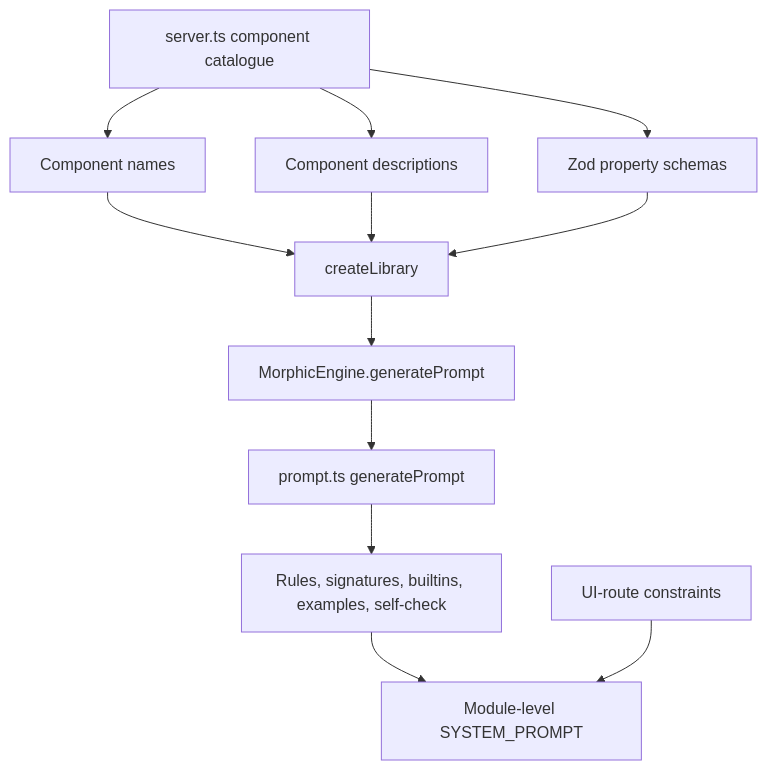
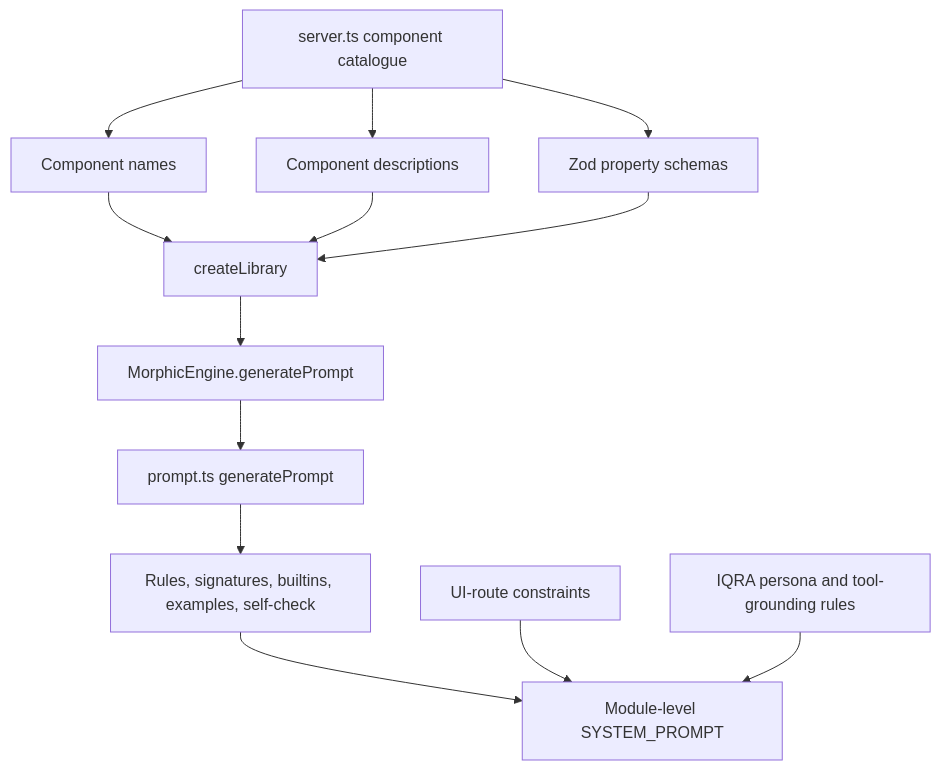
One commit to import-kunal/morphic_ui changed the second of 12 diagrams in docs/architecture-lifecycle.md. Above: the diagram before and after it, drawn with Mermaid. The commit also changed other lines of this file and 7 other files, not shown here.

First line of the commit message:
docs: update architecture and add setup and data source guides

````diff
--- a/docs/architecture-lifecycle.md
+++ b/docs/architecture-lifecycle.md
@@ -64,24 +72,26 @@
 ```mermaid
 flowchart TD
     ServerSchemas[server.ts component catalogue]
     Names[Component names]
     Descriptions[Component descriptions]
     Zod[Zod property schemas]
     Library[createLibrary]
     Engine[MorphicEngine.generatePrompt]
     Generator[prompt.ts generatePrompt]
     Sections[Rules, signatures, builtins, examples, self-check]
     Extra[UI-route constraints]
+    Iqra[IQRA persona and tool-grounding rules]
     Constant[Module-level SYSTEM_PROMPT]
 
     ServerSchemas --> Names
     ServerSchemas --> Descriptions
     ServerSchemas --> Zod
     Names --> Library
     Descriptions --> Library
     Zod --> Library
     Library --> Engine --> Generator
     Generator --> Sections
     Sections --> Constant
     Extra --> Constant
+    Iqra --> Constant
 ```
````
